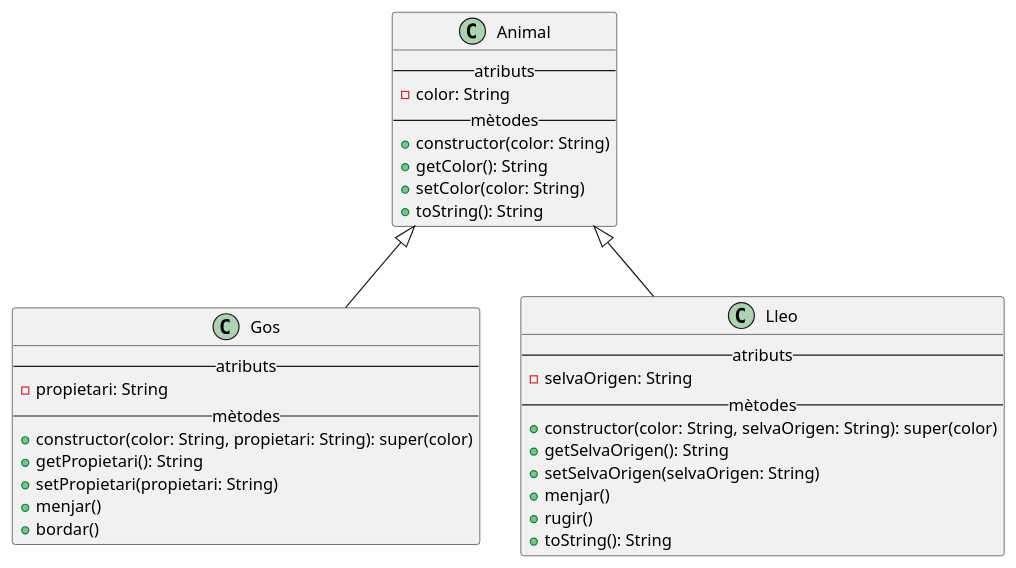
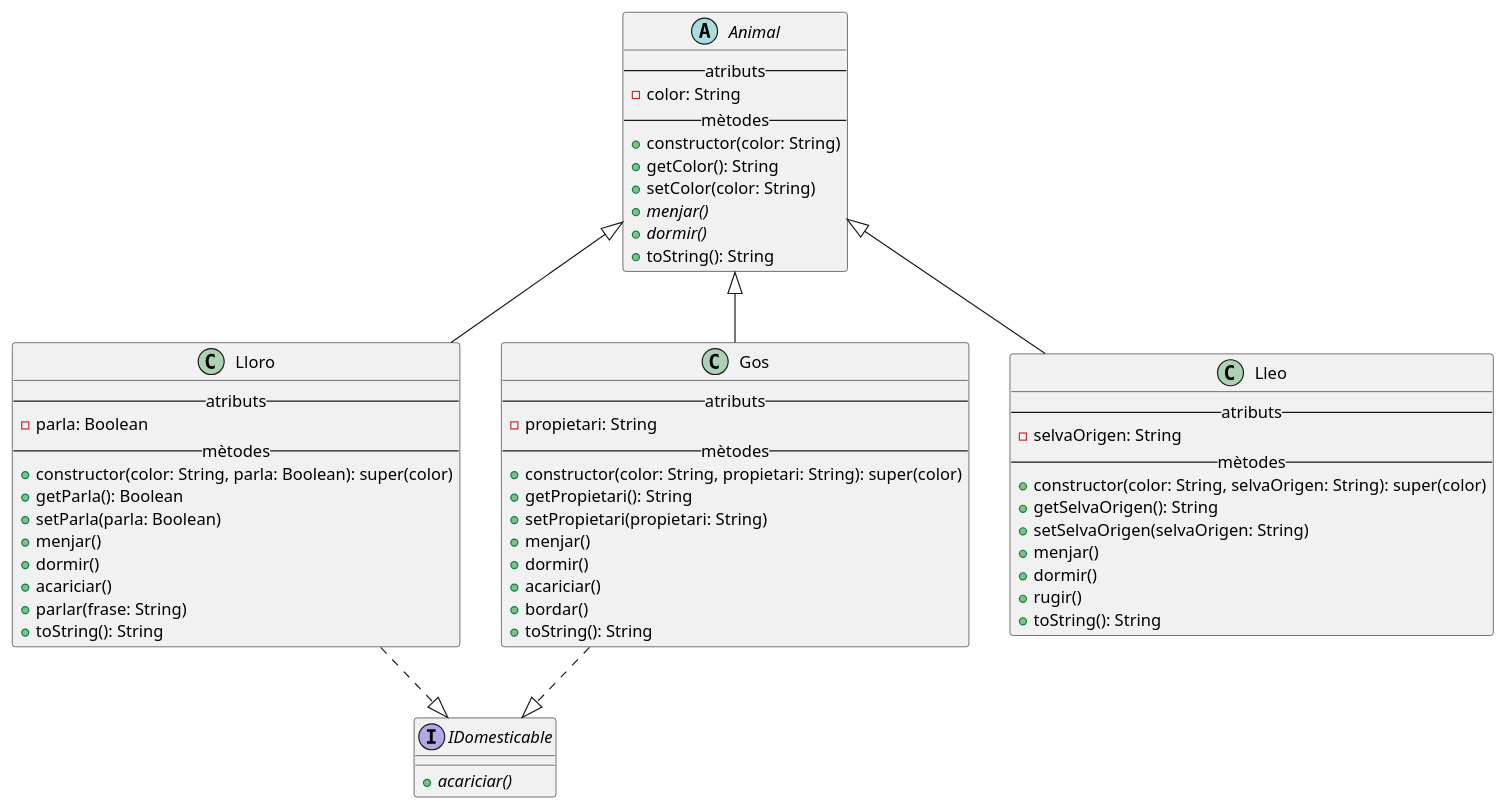
The diagram in src/main/kotlin/UML/Animals.puml (ITEC-BCN/2425-M3-RA4RA7-DemoHerencia), drawn with PlantUML before and after one commit. The commit also changed 8 other files, not shown here.

```diff
--- a/src/main/kotlin/UML/Animals.puml
+++ b/src/main/kotlin/UML/Animals.puml
@@ -1,40 +1,67 @@
 @startuml
 'https://plantuml.com/class-diagram
 
-class Animal {
+interface IDomesticable {
+    + {abstract}acariciar()
+}
+
+abstract class Animal {
     --atributs--
     - color: String
     --mètodes--
     + constructor(color: String)
     + getColor(): String
     + setColor(color: String)
+    + {abstract} menjar()
+    + {abstract} dormir()
     + toString(): String
 }
 
 class Gos {
     --atributs--
     - propietari: String
     --mètodes--
     + constructor(color: String, propietari: String): super(color)
     + getPropietari(): String
     + setPropietari(propietari: String)
     + menjar()
+    + dormir()
+    + acariciar()
     + bordar()
+    + toString(): String
 }
 
 class Lleo {
     --atributs--
     - selvaOrigen: String
     --mètodes--
     + constructor(color: String, selvaOrigen: String): super(color)
     + getSelvaOrigen(): String
     + setSelvaOrigen(selvaOrigen: String)
     + menjar()
+    + dormir()
     + rugir()
     + toString(): String
 }
 
+class Lloro {
+    --atributs--
+    - parla: Boolean
+    --mètodes--
+    + constructor(color: String, parla: Boolean): super(color)
+    + getParla(): Boolean
+    + setParla(parla: Boolean)
+    + menjar()
+    + dormir()
+    + acariciar()
+    + parlar(frase: String)
+    + toString(): String
+}
+
+Animal <|-- Lleo
 Animal <|-- Gos
-Animal <|-- Lleo
+Animal <|-- Lloro
+IDomesticable <|.up. Gos
+IDomesticable <|.up. Lloro
 
 @enduml
```
